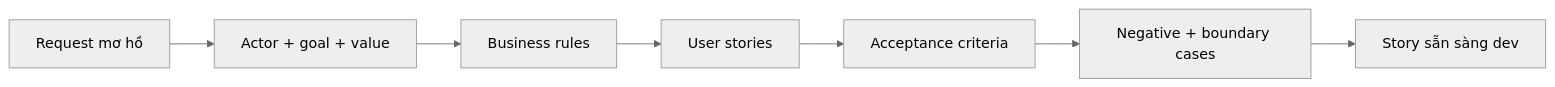
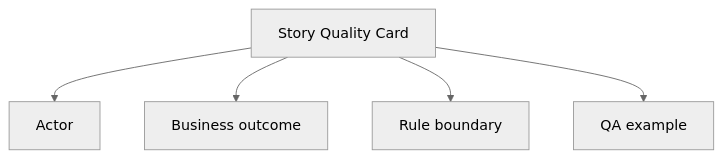
Before and after one commit to anhtnt90dev/ai-for-ba: the second of 2 diagrams in docs/vi/lessons/user-stories-and-acceptance-criteria/index.md, drawn with Mermaid (neutral theme). The commit also changed other lines of this file and 40 other files, not shown here.

````diff
--- a/docs/vi/lessons/user-stories-and-acceptance-criteria/index.md
+++ b/docs/vi/lessons/user-stories-and-acceptance-criteria/index.md
@@ -68,9 +173,8 @@
 ```mermaid
-flowchart LR
-    A["Request mơ hồ"] --> B["Actor + goal + value"]
-    B --> C["Business rules"]
-    C --> D["User stories"]
-    D --> E["Acceptance criteria"]
-    E --> F["Negative + boundary cases"]
-    F --> G["Story sẵn sàng dev"]
+flowchart TD
+    A["Story Quality Card"]
+    A --> B["Actor"]
+    A --> C["Business outcome"]
+    A --> D["Rule boundary"]
+    A --> E["QA example"]
 ```
````
